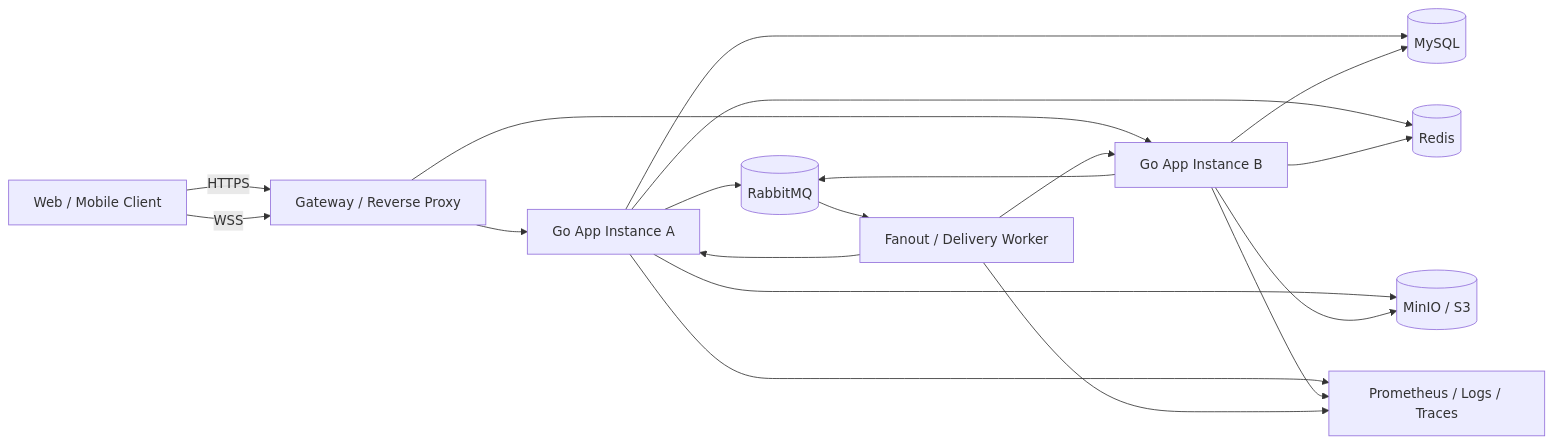
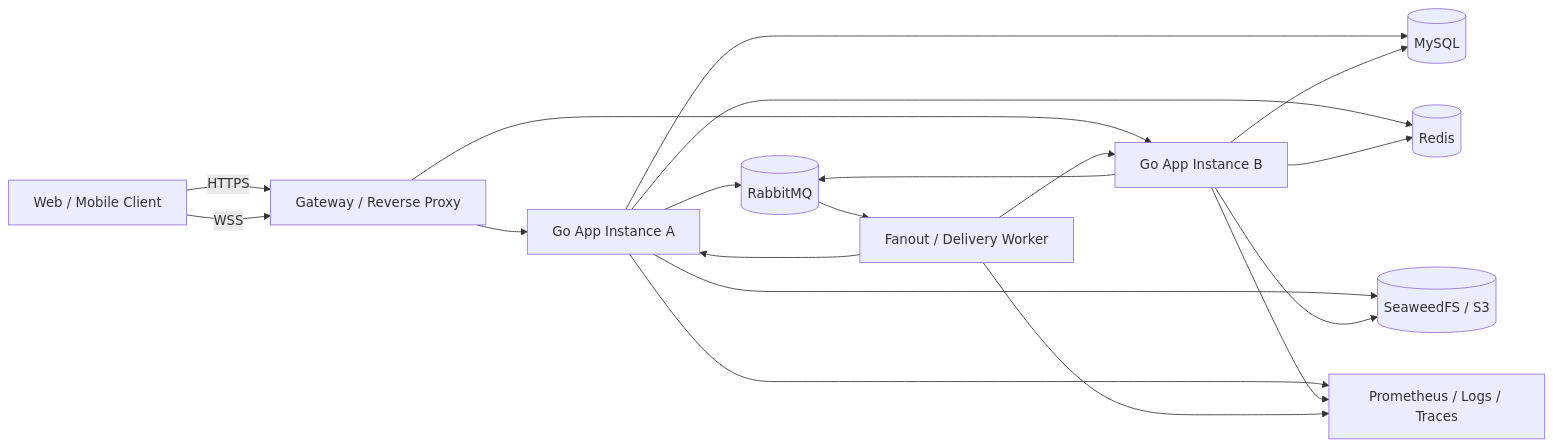
The first of 2 diagrams in docs/需求文档.md (PYang176/RelayIM), drawn with Mermaid before and after one commit. The commit also changed other lines of this file and 1 other file, not shown here.

````diff
--- a/docs/需求文档.md
+++ b/docs/需求文档.md
@@ -250,24 +250,24 @@
 ```mermaid
 flowchart LR
     C[Web / Mobile Client] -->|HTTPS| G[Gateway / Reverse Proxy]
     C -->|WSS| G
     G --> A1[Go App Instance A]
     G --> A2[Go App Instance B]
 
     A1 --> M[(MySQL)]
     A2 --> M
     A1 --> R[(Redis)]
     A2 --> R
     A1 --> Q[(RabbitMQ)]
     A2 --> Q
-    A1 --> S[(MinIO / S3)]
+    A1 --> S[(SeaweedFS / S3)]
     A2 --> S
 
     Q --> W[Fanout / Delivery Worker]
     W --> A1
     W --> A2
 
     A1 --> O[Prometheus / Logs / Traces]
     A2 --> O
     W --> O
 ```
````
